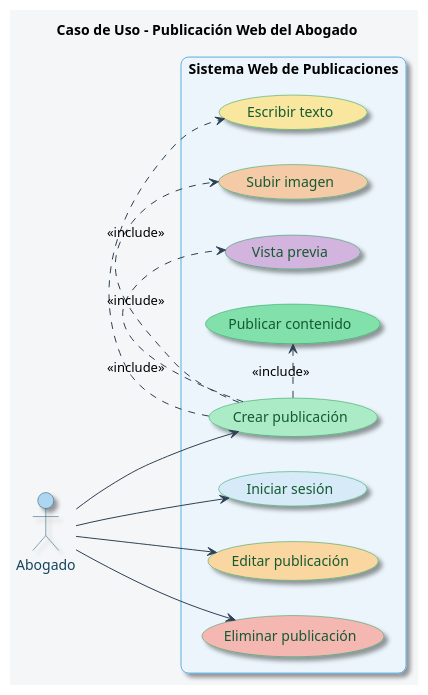
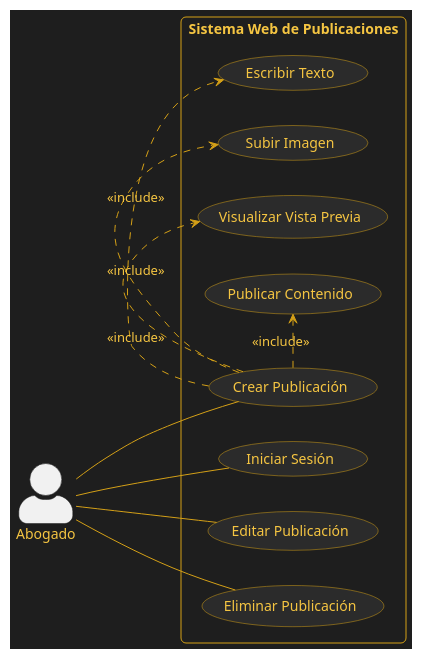
One commit to OscarBuildsBv/SYS_CANDIDATO_DOC changed the diagram in 2-MODELO_UML/Comportamiento/1-Casos_Uso/caso-uso-publicacion.puml. Above: the diagram before and after it, drawn with PlantUML. The commit also changed 1 other file, not shown here.

```diff
--- a/2-MODELO_UML/Comportamiento/1-Casos_Uso/caso-uso-publicacion.puml
+++ b/2-MODELO_UML/Comportamiento/1-Casos_Uso/caso-uso-publicacion.puml
@@ -1,53 +1,57 @@
 @startuml
 
-title Caso de Uso - Publicación Web del Abogado
+skinparam backgroundColor #1E1E1E
+skinparam packageStyle folder
+skinparam shadowing false
+skinparam actorStyle awesome
+
+skinparam package {
+    BackgroundColor #1E1E1E
+    BorderColor #D4A017
+    RoundCorner 10
+}
+
+skinparam usecase {
+    BackgroundColor #2B2B2B
+    BorderColor #D4A017
+    FontColor #F5C542
+    ArrowColor #D4A017
+}
+
+skinparam rectangle {
+    BackgroundColor #1E1E1E
+    BorderColor #D4A017
+    RoundCorner 10
+}
+
+skinparam ArrowColor #D4A017
+skinparam defaultFontColor #F5C542
 
 left to right direction
 
-skinparam backgroundColor #F4F6F7
-skinparam shadowing true
-skinparam roundcorner 15
-
-skinparam actor {
-    BackgroundColor #AED6F1
-    BorderColor #1B4F72
-    FontColor #154360
-}
-
-skinparam usecase {
-    BackgroundColor #D5F5E3
-    BorderColor #239B56
-    FontColor #145A32
-    ArrowColor #2E4053
-}
-
-skinparam rectangle {
-    BackgroundColor #EBF5FB
-    BorderColor #5DADE2
-}
-
-actor "Abogado" as Abogado
+actor Abogado
 
 rectangle "Sistema Web de Publicaciones" {
 
-    usecase "Iniciar sesión" as UC1 #D6EAF8
-    usecase "Crear publicación" as UC2 #ABEBC6
-    usecase "Escribir texto" as UC3 #F9E79F
-    usecase "Subir imagen" as UC4 #F5CBA7
-    usecase "Vista previa" as UC5 #D2B4DE
-    usecase "Publicar contenido" as UC6 #82E0AA
-    usecase "Editar publicación" as UC7 #FAD7A0
-    usecase "Eliminar publicación" as UC8 #F5B7B1
+  usecase "Iniciar Sesión" as UC1
+  usecase "Crear Publicación" as UC2
+  usecase "Escribir Texto" as UC3
+  usecase "Subir Imagen" as UC4
+  usecase "Visualizar Vista Previa" as UC5
+  usecase "Publicar Contenido" as UC6
+  usecase "Editar Publicación" as UC7
+  usecase "Eliminar Publicación" as UC8
+
 }
 
-Abogado --> UC1
-Abogado --> UC2
-Abogado --> UC7
-Abogado --> UC8
+Abogado -- UC1
+Abogado -- UC2
+Abogado -- UC7
+Abogado -- UC8
 
 UC2 .> UC3 : <<include>>
 UC2 .> UC4 : <<include>>
 UC2 .> UC5 : <<include>>
 UC2 .> UC6 : <<include>>
 
 @enduml
```
